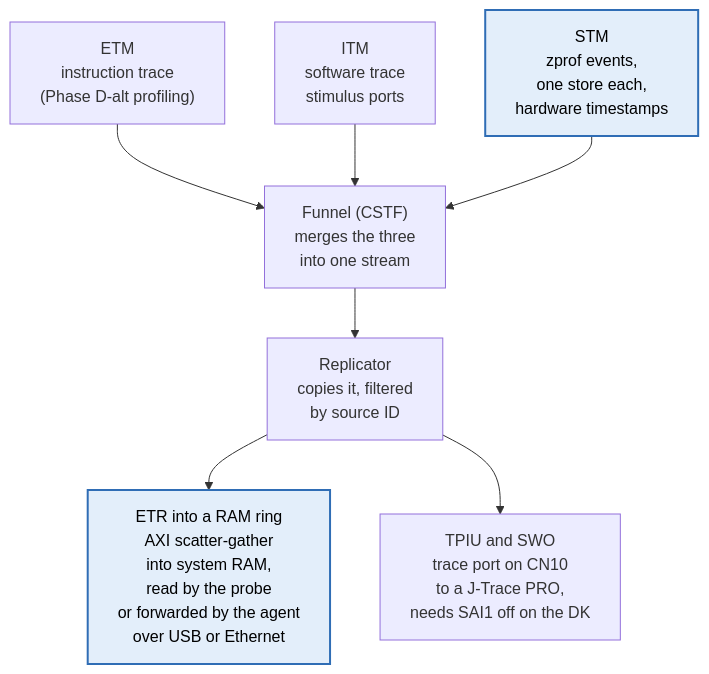
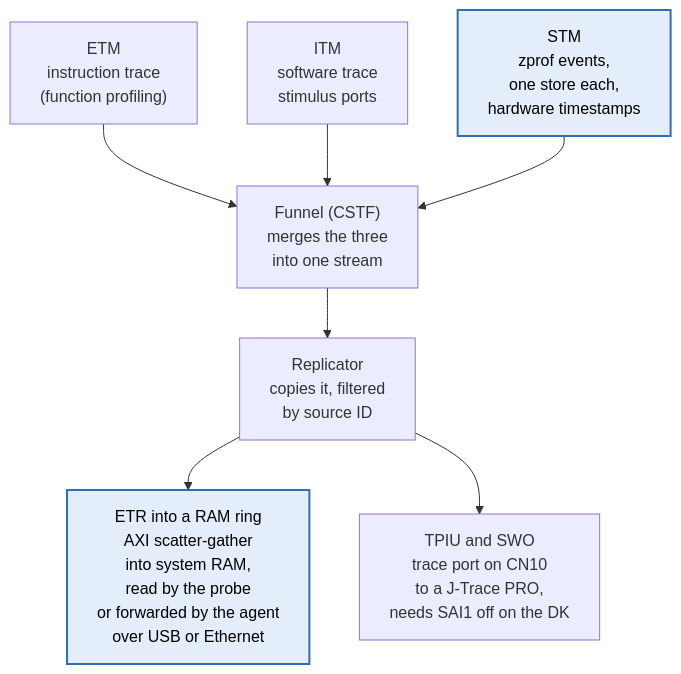
Before and after one commit to murr2k/zprof: the diagram in README.md, drawn with Mermaid. The commit also changed other lines of this file and 65 other files, not shown here.

````diff
--- a/README.md
+++ b/README.md
@@ -98,19 +209,19 @@
 ```mermaid
 %%{init: {"flowchart": {"wrappingWidth": 320}}}%%
 flowchart TD
-    ETM["ETM<br/>instruction trace<br/>(Phase D-alt profiling)"]
+    ETM["ETM<br/>instruction trace<br/>(function profiling)"]
     ITM["ITM<br/>software trace<br/>stimulus ports"]
     STM["STM<br/>zprof events,<br/>one store each,<br/>hardware timestamps"]
     FUN["Funnel (CSTF)<br/>merges the three<br/>into one stream"]
     REP["Replicator<br/>copies it, filtered<br/>by source ID"]
     ETR["ETR into a RAM ring<br/>AXI scatter-gather<br/>into system RAM,<br/>read by the probe<br/>or forwarded by the agent<br/>over USB or Ethernet"]
     TPIU["TPIU and SWO<br/>trace port on CN10<br/>to a J-Trace PRO,<br/>needs SAI1 off on the DK"]
     ETM --> FUN
     ITM --> FUN
     STM --> FUN
     FUN --> REP
     REP --> ETR
     REP --> TPIU
     classDef zprof fill:#e3eefa,stroke:#2f6db5,stroke-width:2px,color:#000
     class STM,ETR zprof
 ```
````
